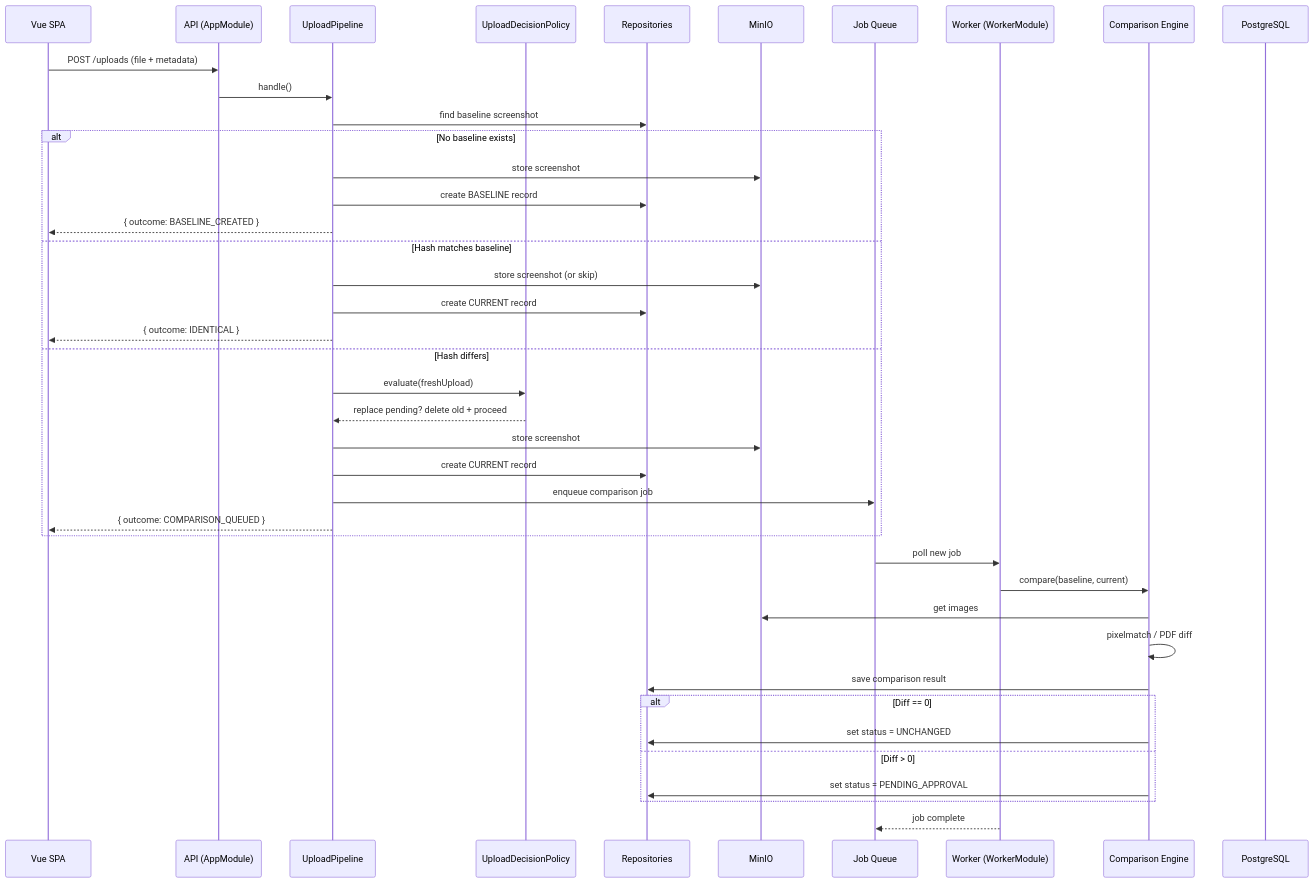
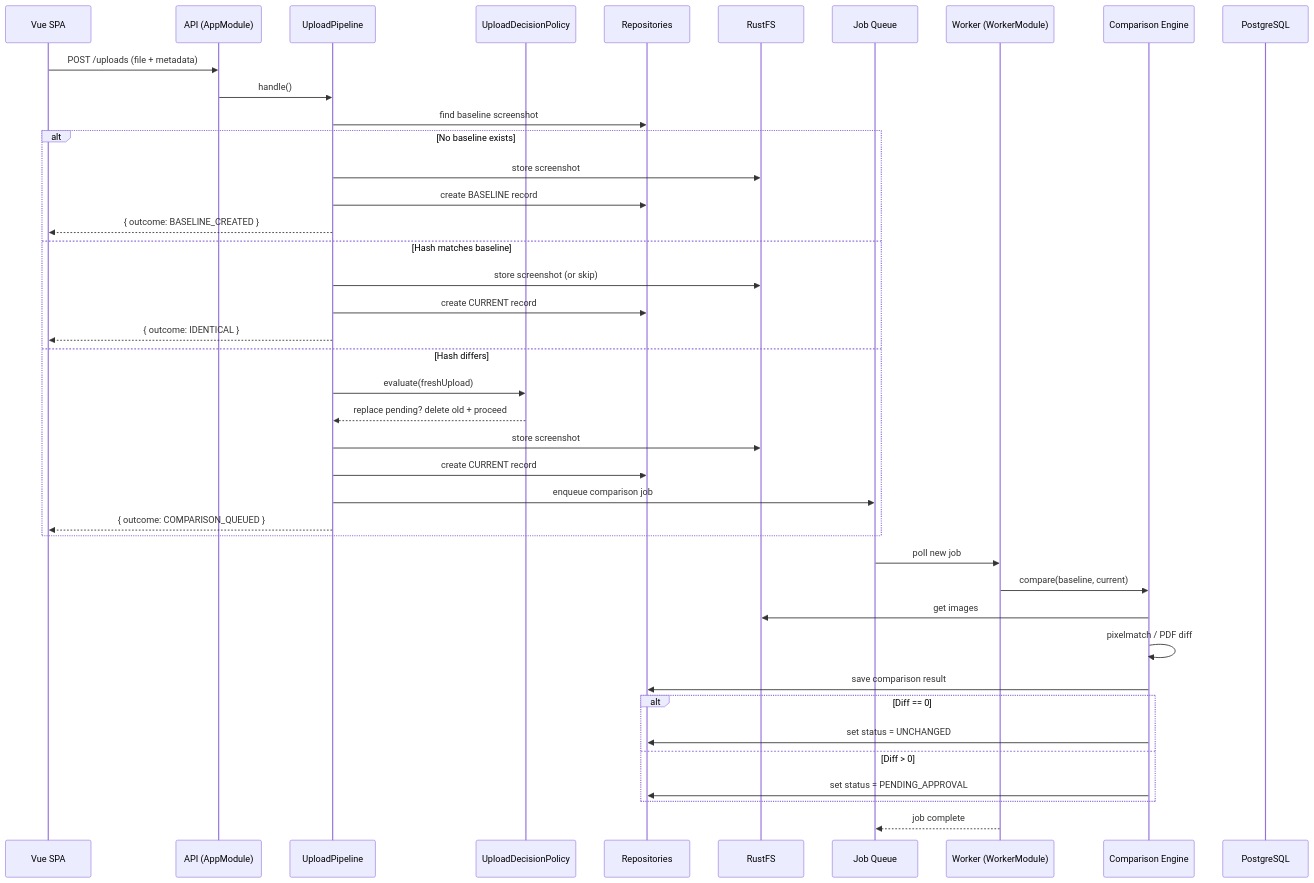
The third of 4 diagrams in docs/architecture/overview.md (Fishkob/visual-regression), drawn with Mermaid before and after one commit. The commit also changed other lines of this file and 1 other file, not shown here.

Commit message:
docs: rename MinIO references to RustFS in AGENTS.md and architecture overview

````diff
--- a/docs/architecture/overview.md
+++ b/docs/architecture/overview.md
@@ -201,45 +201,45 @@
 ```mermaid
 sequenceDiagram
   participant Client as Vue SPA
   participant API as API (AppModule)
   participant Pipeline as UploadPipeline
   participant Policy as UploadDecisionPolicy
   participant Repo as Repositories
-  participant Storage as MinIO
+  participant Storage as RustFS
   participant Queue as Job Queue
   participant Worker as Worker (WorkerModule)
   participant Engine as Comparison Engine
   participant DB as PostgreSQL
 
   Client->>API: POST /uploads (file + metadata)
   API->>Pipeline: handle()
   Pipeline->>Repo: find baseline screenshot
   alt No baseline exists
     Pipeline->>Storage: store screenshot
     Pipeline->>Repo: create BASELINE record
     Pipeline-->>Client: { outcome: BASELINE_CREATED }
   else Hash matches baseline
     Pipeline->>Storage: store screenshot (or skip)
     Pipeline->>Repo: create CURRENT record
     Pipeline-->>Client: { outcome: IDENTICAL }
   else Hash differs
     Pipeline->>Policy: evaluate(freshUpload)
     Policy-->>Pipeline: replace pending? delete old + proceed
     Pipeline->>Storage: store screenshot
     Pipeline->>Repo: create CURRENT record
     Pipeline->>Queue: enqueue comparison job
     Pipeline-->>Client: { outcome: COMPARISON_QUEUED }
   end
 
   Queue->>Worker: poll new job
   Worker->>Engine: compare(baseline, current)
   Engine->>Storage: get images
   Engine->>Engine: pixelmatch / PDF diff
   Engine->>Repo: save comparison result
   alt Diff == 0
     Engine->>Repo: set status = UNCHANGED
   else Diff > 0
     Engine->>Repo: set status = PENDING_APPROVAL
   end
   Worker-->>Queue: job complete
 ```
````
